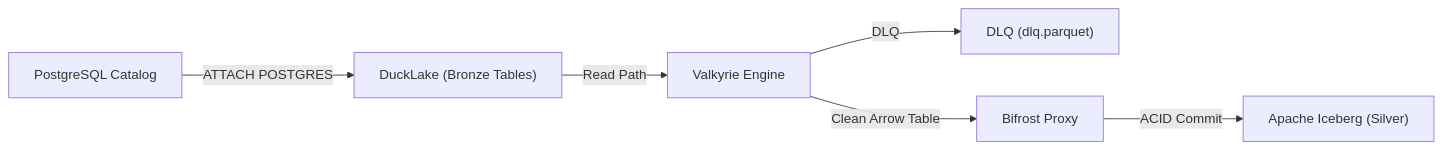
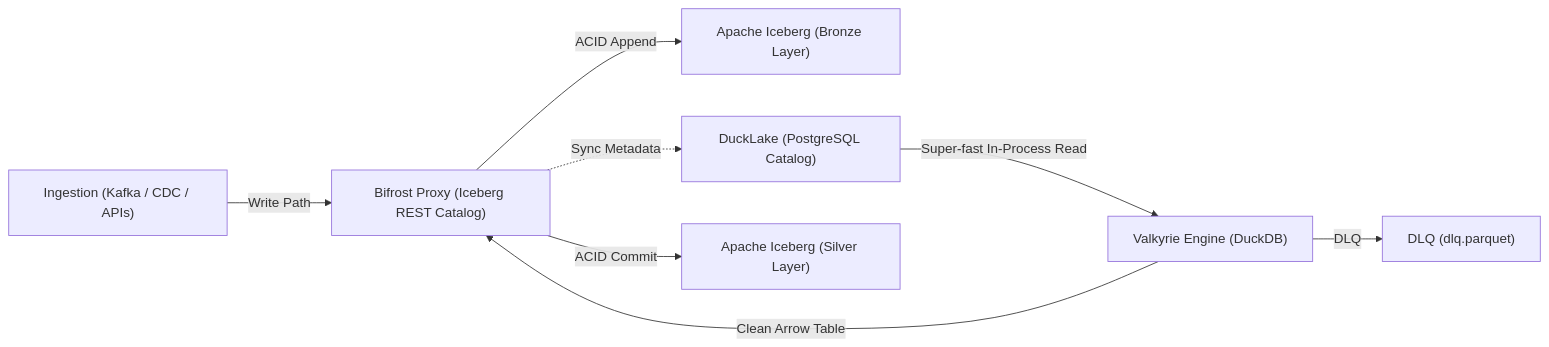
The diagram in README.md (next0258456/valkyrie), drawn with Mermaid before and after one commit. The commit also changed 2 other files, not shown here.

Commit message:
docs: clarify Bifrost Proxy role replacing Polaris and syncing Iceberg Bronze to DuckLake

````diff
--- a/README.md
+++ b/README.md
@@ -123,8 +123,10 @@
 ```mermaid
 flowchart LR
-    Postgres["PostgreSQL Catalog"] -->|ATTACH POSTGRES| DuckLake["DuckLake (Bronze Tables)"]
-    DuckLake -->|Read Path| Valkyrie["Valkyrie Engine"]
+    Ingestion["Ingestion (Kafka / CDC / APIs)"] -->|Write Path| Bifrost["Bifrost Proxy (Iceberg REST Catalog)"]
+    Bifrost -->|ACID Append| IcebergBronze["Apache Iceberg (Bronze Layer)"]
+    Bifrost -.->|Sync Metadata| DuckLake["DuckLake (PostgreSQL Catalog)"]
+    DuckLake -->|Super-fast In-Process Read| Valkyrie["Valkyrie Engine (DuckDB)"]
     Valkyrie -->|DLQ| DLQ["DLQ (dlq.parquet)"]
-    Valkyrie -->|Clean Arrow Table| Bifrost["Bifrost Proxy"]
-    Bifrost -->|ACID Commit| Iceberg["Apache Iceberg (Silver)"]
+    Valkyrie -->|Clean Arrow Table| Bifrost
+    Bifrost -->|ACID Commit| IcebergSilver["Apache Iceberg (Silver Layer)"]
 ```
````
